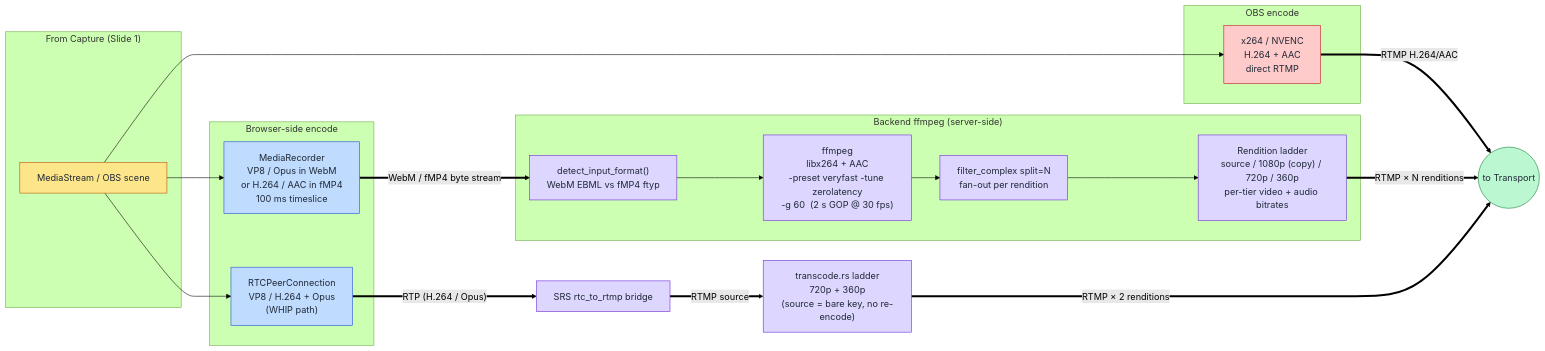
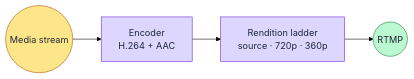
The second of 4 diagrams in docs/slides_diagrams.md (Dakotahernandez/fidget-livestreaming), drawn with Mermaid (forest theme) before and after one commit. The commit also changed other lines of this file, not shown here.

````diff
--- a/docs/slides_diagrams.md
+++ b/docs/slides_diagrams.md
@@ -73,51 +29,13 @@
 ```mermaid
 flowchart LR
-    subgraph CAP["From Capture (Slide 1)"]
-        MS["MediaStream / OBS scene"]
-    end
+    IN(("Media stream")) --> ENC["Encoder<br/>H.264 + AAC"]
+    ENC --> LAD["Rendition ladder<br/>source · 720p · 360p"]
+    LAD --> OUT(("RTMP"))
 
-    subgraph BROWSER_ENC["Browser-side encode"]
-        MR["MediaRecorder<br/>VP8 / Opus in WebM<br/>or H.264 / AAC in fMP4<br/>100 ms timeslice"]
-        WEBRTC["RTCPeerConnection<br/>VP8 / H.264 + Opus<br/>(WHIP path)"]
-    end
-
-    subgraph OBS_ENC["OBS encode"]
-        OBSENC["x264 / NVENC<br/>H.264 + AAC<br/>direct RTMP"]
-    end
-
-    subgraph BACKEND_ENC["Backend ffmpeg (server-side)"]
-        DETECT["detect_input_format()<br/>WebM EBML vs fMP4 ftyp"]
-        FF["ffmpeg<br/>libx264 + AAC<br/>-preset veryfast -tune zerolatency<br/>-g 60  (2 s GOP @ 30 fps)"]
-        SPLIT["filter_complex split=N<br/>fan-out per rendition"]
-        LADDER["Rendition ladder<br/>source / 1080p (copy) / 720p / 360p<br/>per-tier video + audio bitrates"]
-    end
-
-    MS --> MR
-    MS --> WEBRTC
-    MS --> OBSENC
-
-    MR == "WebM / fMP4 byte stream" ==> DETECT
-    DETECT --> FF
-    FF --> SPLIT
-    SPLIT --> LADDER
-
-    WEBRTC == "RTP (H.264 / Opus)" ==> SRSBRIDGE["SRS rtc_to_rtmp bridge"]
-    SRSBRIDGE == "RTMP source" ==> WHIPLAD["transcode.rs ladder<br/>720p + 360p<br/>(source = bare key, no re-encode)"]
-
-    OBSENC == "RTMP H.264/AAC" ==> RTMPSRC((to Transport))
-
-    LADDER == "RTMP × N renditions" ==> RTMPSRC
-    WHIPLAD == "RTMP × 2 renditions" ==> RTMPSRC
-
-    classDef cap fill:#fde68a,stroke:#b45309,color:#1f2937;
-    classDef bx fill:#bfdbfe,stroke:#1d4ed8,color:#1f2937;
-    classDef obs fill:#fecaca,stroke:#b91c1c,color:#1f2937;
-    classDef be fill:#ddd6fe,stroke:#6d28d9,color:#1f2937;
+    classDef in fill:#fde68a,stroke:#b45309,color:#1f2937;
+    classDef step fill:#ddd6fe,stroke:#6d28d9,color:#1f2937;
     classDef out fill:#bbf7d0,stroke:#15803d,color:#1f2937;
-
-    class MS cap;
-    class MR,WEBRTC bx;
-    class OBSENC obs;
-    class DETECT,FF,SPLIT,LADDER,SRSBRIDGE,WHIPLAD be;
-    class RTMPSRC out;
+    class IN in;
+    class ENC,LAD step;
+    class OUT out;
 ```
````
